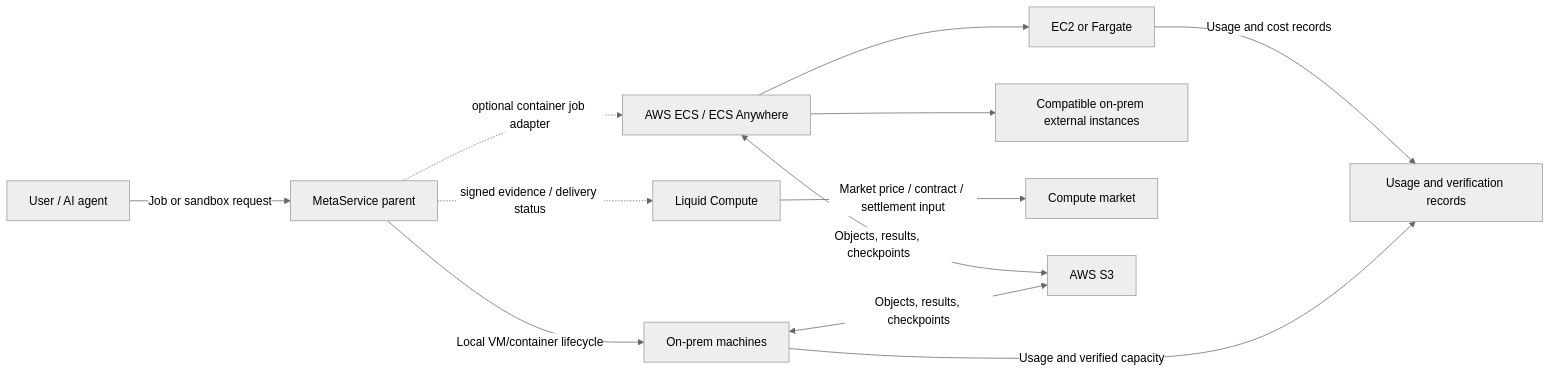
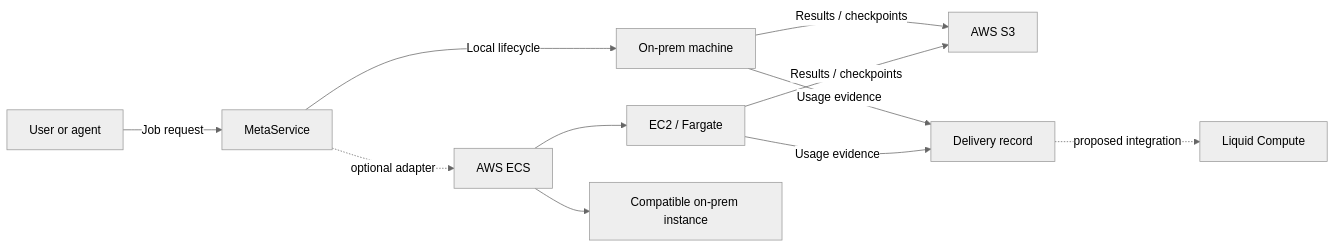
The diagram in architecture/hybrid-aws-liquid-compute.md (Kmassidik/MetaService), drawn with Mermaid (neutral theme) before and after one commit. The commit also changed other lines of this file and 4 other files, not shown here.

Commit message:
Make architecture guides human friendly

````diff
--- a/architecture/hybrid-aws-liquid-compute.md
+++ b/architecture/hybrid-aws-liquid-compute.md
@@ -19,17 +30,13 @@
 ```mermaid
 flowchart LR
-    User[User / AI agent] -->|Job or sandbox request| Meta[MetaService parent]
-    Meta -->|Local VM/container lifecycle| OnPrem[On-prem machines]
-    Meta -. optional container job adapter .-> ECS[AWS ECS / ECS Anywhere]
-    ECS --> EC2[EC2 or Fargate]
-    ECS --> External[Compatible on-prem external instances]
-
-    OnPrem -->|Usage and verified capacity| Meter[Usage and verification records]
-    EC2 -->|Usage and cost records| Meter
-
-    Meta -. signed evidence / delivery status .-> Liquid[Liquid Compute]
-    Liquid -->|Market price / contract / settlement input| Market[Compute market]
-
-    OnPrem <-->|Objects, results, checkpoints| S3[AWS S3]
-    ECS <-->|Objects, results, checkpoints| S3
+    User[User or agent] -->|Job request| Meta[MetaService]
+    Meta -->|Local lifecycle| OnPrem[On-prem machine]
+    Meta -. optional adapter .-> ECS[AWS ECS]
+    ECS --> Cloud[EC2 / Fargate]
+    ECS --> External[Compatible on-prem instance]
+    OnPrem -->|Results / checkpoints| S3[AWS S3]
+    Cloud -->|Results / checkpoints| S3
+    OnPrem -->|Usage evidence| Receipt[Delivery record]
+    Cloud -->|Usage evidence| Receipt
+    Receipt -. proposed integration .-> Liquid[Liquid Compute]
 ```
````
